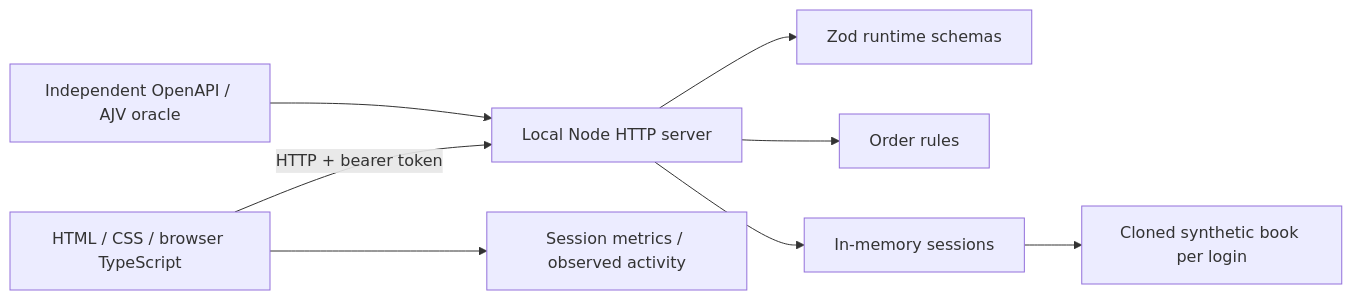
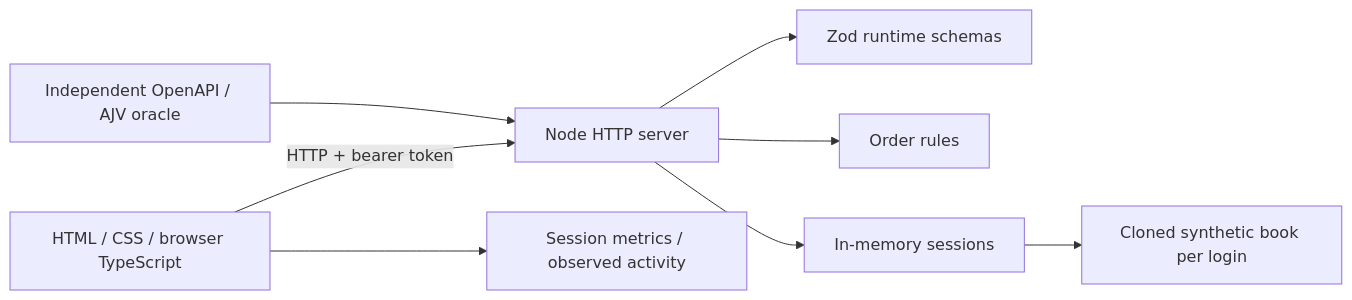
Before and after one commit to farhan-shafee/institutional-trading-sdet-lab: the first of 2 diagrams in README.md, drawn with Mermaid. The commit also changed other lines of this file and 2 other files, not shown here.

````diff
--- a/README.md
+++ b/README.md
@@ -57,10 +59,10 @@
 ```mermaid
 flowchart LR
-    UI[HTML / CSS / browser TypeScript] -->|HTTP + bearer token| API[Local Node HTTP server]
+    UI[HTML / CSS / browser TypeScript] -->|HTTP + bearer token| API[Node HTTP server]
     UI --> Presentation[Session metrics / observed activity]
     API --> Schema[Zod runtime schemas]
     API --> Domain[Order rules]
     API --> Sessions[In-memory sessions]
     Sessions --> Books[Cloned synthetic book per login]
     Contract[Independent OpenAPI / AJV oracle] --> API
 ```
````
